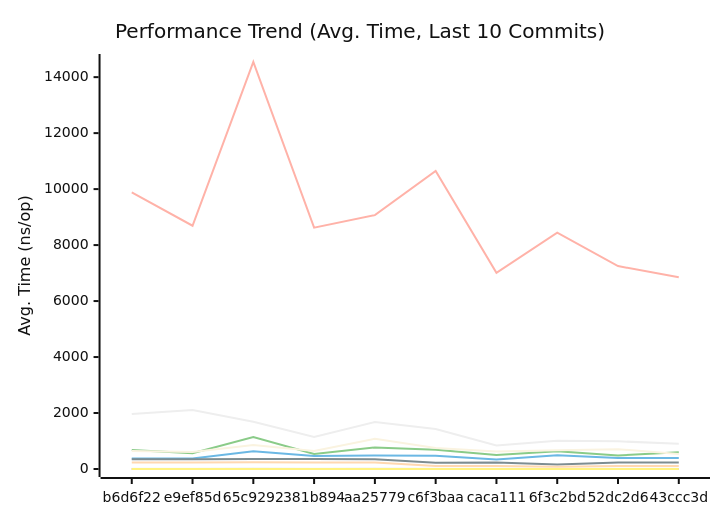
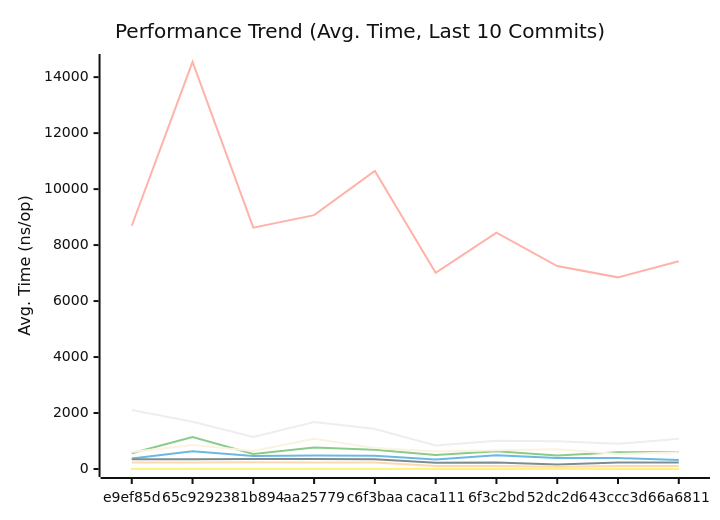
One commit to alsotoes/momo changed the first of 3 diagrams in docs/PERFORMANCE.md. Above: the diagram before and after it, drawn with Mermaid (neutral theme). The commit also changed other lines of this file and 3 other files, not shown here.

````diff
--- a/docs/PERFORMANCE.md
+++ b/docs/PERFORMANCE.md
@@ -128,18 +128,18 @@
 ```mermaid
 xychart-beta
     title "Performance Trend (Avg. Time, Last 10 Commits)"
     x-axis "Commit"
     y-axis "Avg. Time (ns/op)"
-    x-axis [b6d6f22,e9ef85d,65c9292,381b894,aa25779,c6f3baa,caca111,6f3c2bd,52dc2d6,43ccc3d]
-    line "CheckMetricsAndSwap" [9,9,14,13,17,12,10,9,10,11]
-    line "CrushOptimized" [375,377,635,462,481,472,342,495,390,390]
-    line "CrushOriginal" [677,563,1141,538,771,688,503,637,485,595]
-    line "IndexDirectTracking" [1,0,1,1,0,1,0,0,0,0]
-    line "IndexSearch" [2,2,4,3,4,4,3,3,3,3]
-    line "LoadGlobalConfig" [9886,8691,14541,8623,9070,10649,7011,8444,7250,6847]
-    line "PadString" [3,3,3,3,3,3,2,3,3,3]
+    x-axis [e9ef85d,65c9292,381b894,aa25779,c6f3baa,caca111,6f3c2bd,52dc2d6,43ccc3d,66a6811]
+    line "CheckMetricsAndSwap" [9,14,13,17,12,10,9,10,11,13]
+    line "CrushOptimized" [377,635,462,481,472,342,495,390,390,319]
+    line "CrushOriginal" [563,1141,538,771,688,503,637,485,595,606]
+    line "IndexDirectTracking" [0,1,1,0,1,0,0,0,0,0]
+    line "IndexSearch" [2,4,3,4,4,3,3,3,3,3]
+    line "LoadGlobalConfig" [8691,14541,8623,9070,10649,7011,8444,7250,6847,7422]
+    line "PadString" [3,3,3,3,3,2,3,3,3,3]
     line "ParseReplicationOrder_NoPrealloc" [350,349,357,354,345,225,229,165,232,234]
     line "ParseReplicationOrder_Prealloc" [229,231,237,234,229,108,107,80,110,109]
-    line "SanitizeLog/Safe" [647,610,855,645,1080,747,628,673,708,538]
-    line "SanitizeLog/Unsafe" [1962,2106,1691,1147,1679,1432,841,1013,990,899]
+    line "SanitizeLog/Safe" [610,855,645,1080,747,628,673,708,538,598]
+    line "SanitizeLog/Unsafe" [2106,1691,1147,1679,1432,841,1013,990,899,1078]
 ```
````
